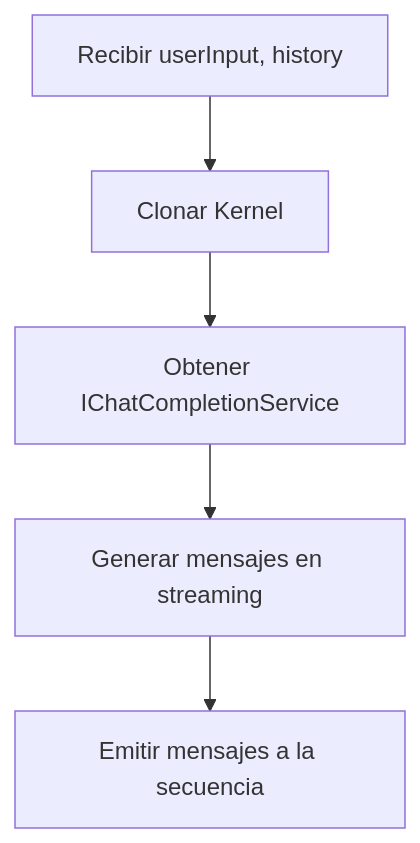
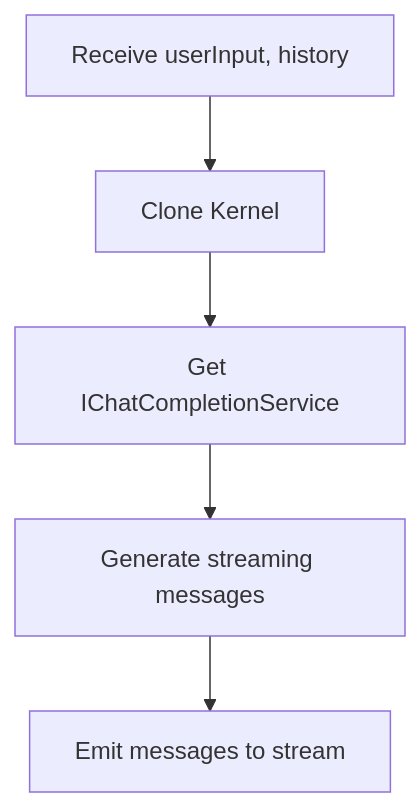
Before and after one commit to cfonseca23/CF.AspireApp.Llm: the second of 7 diagrams in README.md, drawn with Mermaid. The commit also changed other lines of this file, not shown here.

Commit message:
Actualiza la sección de configuración y uso en README.md, mejora la claridad de los diagramas Mermaid y añade la sección de licencia.

````diff
--- a/README.md
+++ b/README.md
@@ -46,7 +41,7 @@
 ```mermaid
 flowchart TD
-    A[Recibir userInput, history] --> B[Clonar Kernel]
-    B --> C[Obtener IChatCompletionService]
-    C --> D[Generar mensajes en streaming]
-    D --> E[Emitir mensajes a la secuencia]
+    A[Receive userInput, history] --> B[Clone Kernel]
+    B --> C[Get IChatCompletionService]
+    C --> D[Generate streaming messages]
+    D --> E[Emit messages to stream]
 ```
````
